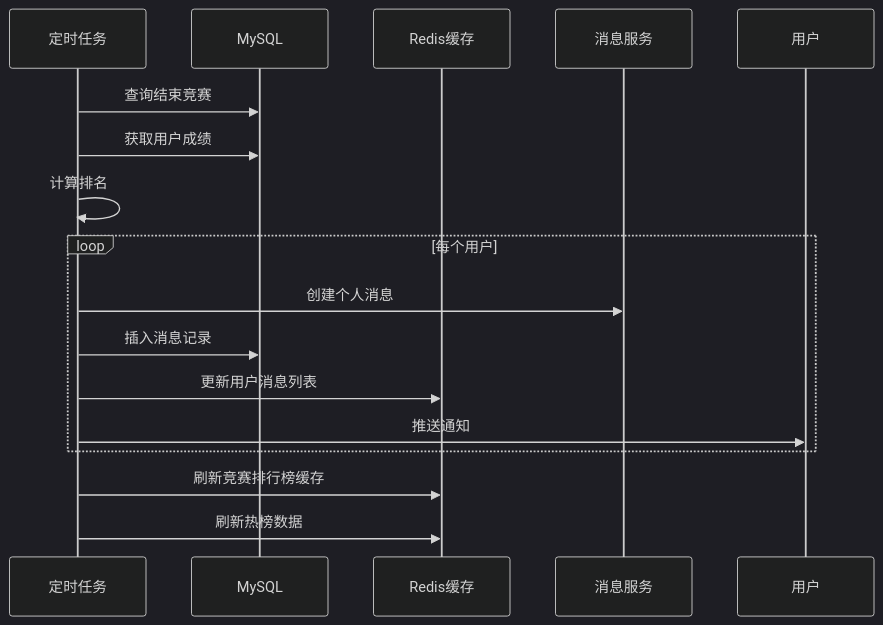
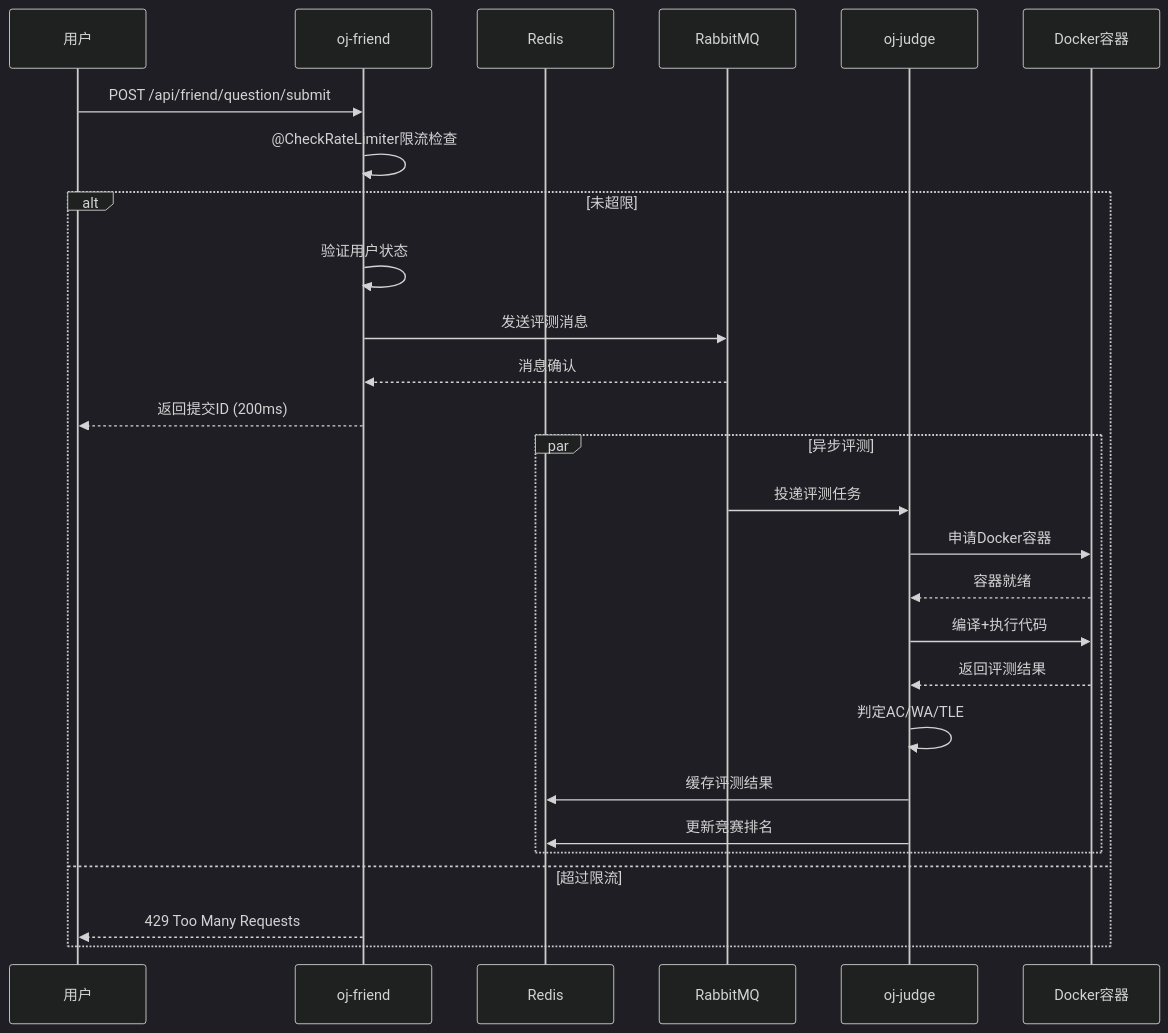
Before and after one commit to 1067367579/coding-arena: diagram 12 of 14 in README.md, drawn with Mermaid (dark theme). The commit also changed other lines of this file and 1 other file, not shown here.

````diff
--- a/README.md
+++ b/README.md
@@ -562,22 +981,31 @@
 ```mermaid
 sequenceDiagram
-    participant Job as 定时任务
-    participant DB as MySQL
-    participant Redis as Redis缓存
-    participant Msg as 消息服务
-    participant User as 用户
+    participant U as 用户
+    participant F as oj-friend
+    participant R as Redis
+    participant Q as RabbitMQ
+    participant J as oj-judge
+    participant D as Docker容器
 
-    Job->>DB: 查询结束竞赛
-    Job->>DB: 获取用户成绩
-    Job->>Job: 计算排名
-    
-    loop 每个用户
-        Job->>Msg: 创建个人消息
-        Job->>DB: 插入消息记录
-        Job->>Redis: 更新用户消息列表
-        Job->>User: 推送通知
+    U->>F: POST /api/friend/question/submit
+    F->>F: @CheckRateLimiter限流检查
+    alt 未超限
+        F->>F: 验证用户状态
+        F->>Q: 发送评测消息
+        Q-->>F: 消息确认
+        F-->>U: 返回提交ID (200ms)
+
+        par 异步评测
+            Q->>J: 投递评测任务
+            J->>D: 申请Docker容器
+            D-->>J: 容器就绪
+            J->>D: 编译+执行代码
+            D-->>J: 返回评测结果
+            J->>J: 判定AC/WA/TLE
+            J->>R: 缓存评测结果
+            J->>R: 更新竞赛排名
+        end
+    else 超过限流
+        F-->>U: 429 Too Many Requests
     end
-    
-    Job->>Redis: 刷新竞赛排行榜缓存
-    Job->>Redis: 刷新热榜数据
 ```
````
